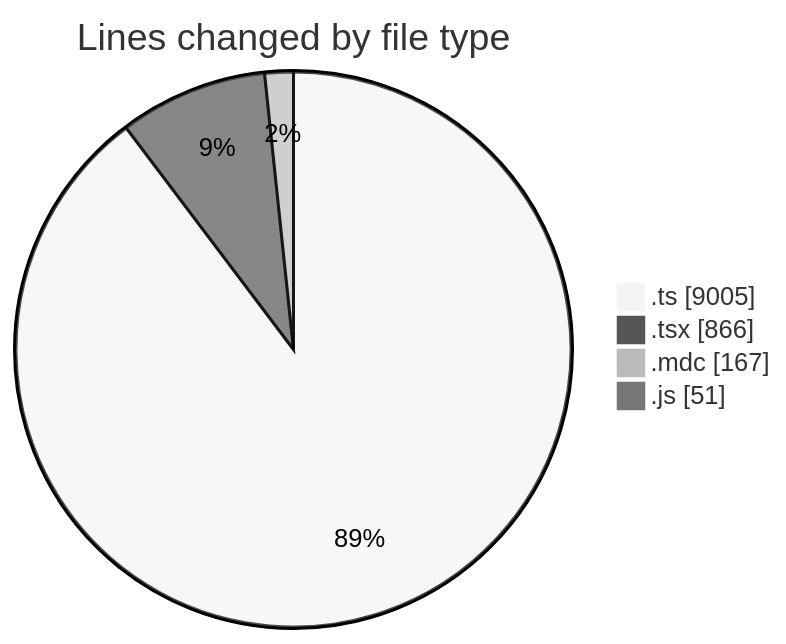
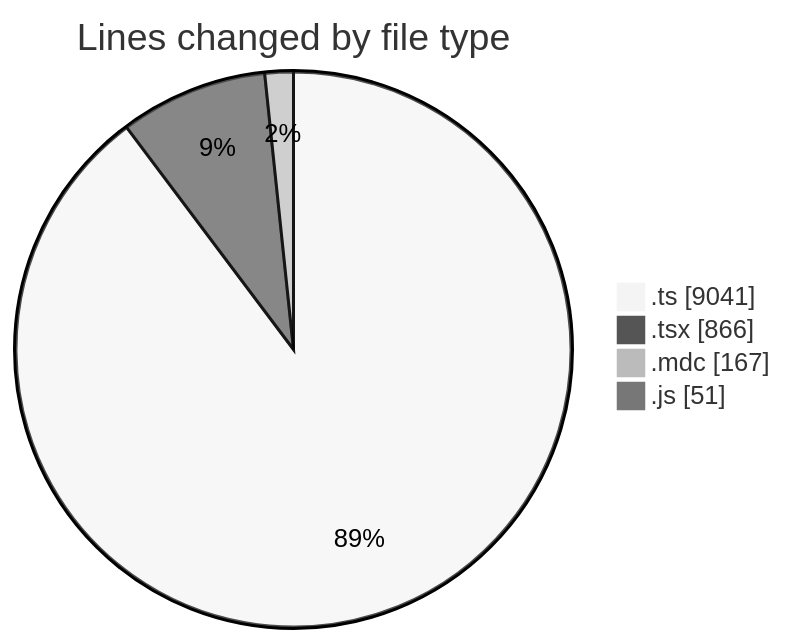
The first of 2 diagrams in 2025-06-06/ecodeli-1/README.md (CELIANVF/code-tracking), drawn with Mermaid (neutral theme) before and after one commit. The commit also changed other lines of this file and 1 other file, not shown here.

````diff
--- a/2025-06-06/ecodeli-1/README.md
+++ b/2025-06-06/ecodeli-1/README.md
@@ -46,8 +46,8 @@
 ```mermaid
 pie showData
 title Lines changed by file type
-".ts" : 9005
+".ts" : 9041
 ".tsx" : 866
 ".mdc" : 167
 ".js" : 51
 ```
````
